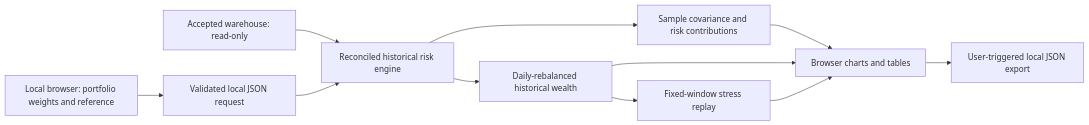
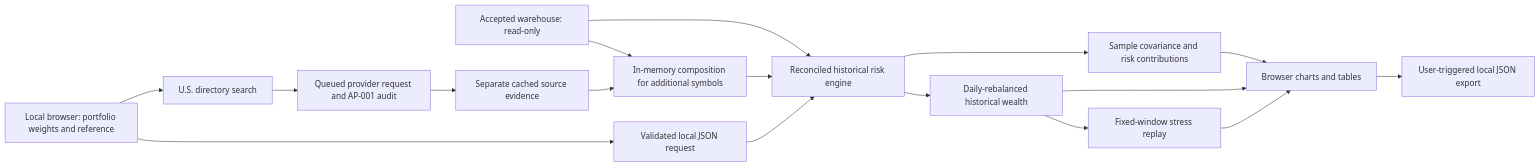
Before and after one commit to alisaayz/portfolio-risk: the diagram in docs/APPLICATION.md, drawn with Mermaid. The commit also changed other lines of this file and 20 other files, not shown here.

````diff
--- a/docs/APPLICATION.md
+++ b/docs/APPLICATION.md
@@ -27,13 +28,19 @@
 ```mermaid
 flowchart LR
     A[Local browser: portfolio weights and reference] --> B[Validated local JSON request]
     C[Accepted warehouse: read-only] --> D[Reconciled historical risk engine]
+    A --> J[U.S. directory search]
+    J --> K[Queued provider request and AP-001 audit]
+    K --> L[Separate cached source evidence]
+    C --> M[In-memory composition for additional symbols]
+    L --> M
+    M --> D
     B --> D
     D --> E[Sample covariance and risk contributions]
     D --> F[Daily-rebalanced historical wealth]
     F --> G[Fixed-window stress replay]
     E --> H[Browser charts and tables]
     F --> H
     G --> H
     H --> I[User-triggered local JSON export]
 ```
````
